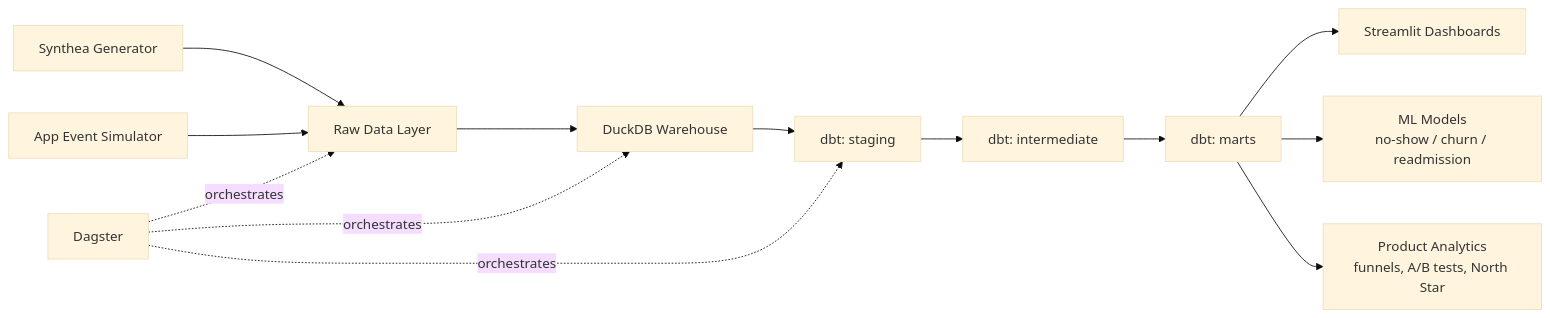
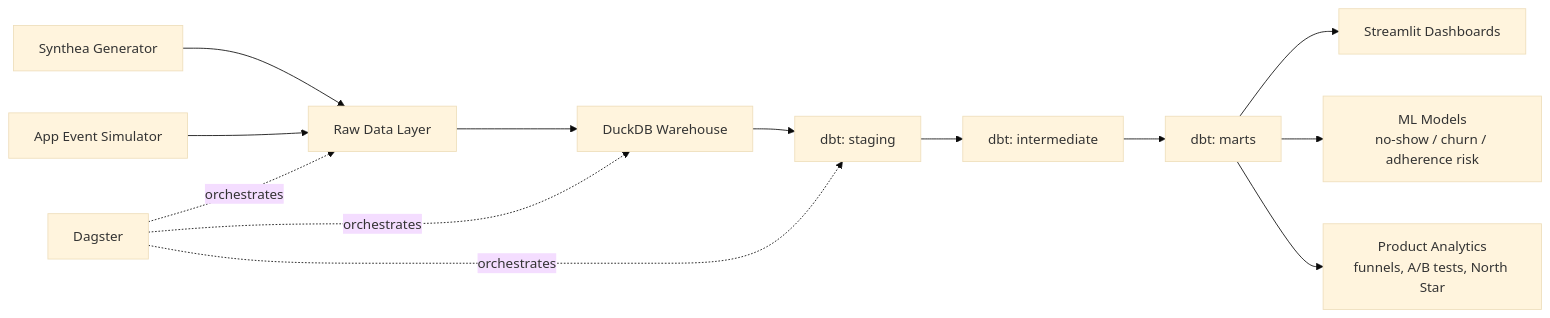
Before and after one commit to rishayd/rishayprojects: the diagram in docs/architecture.md, drawn with Mermaid (base theme). The commit also changed other lines of this file and 6 other files, not shown here.

````diff
--- a/docs/architecture.md
+++ b/docs/architecture.md
@@ -10,15 +10,15 @@
 ```mermaid
 flowchart LR
     A[Synthea Generator] --> C[Raw Data Layer]
     B[App Event Simulator] --> C
     C --> D[DuckDB Warehouse]
     D --> E[dbt: staging]
     E --> F[dbt: intermediate]
     F --> G[dbt: marts]
     G --> H[Streamlit Dashboards]
-    G --> I[ML Models\nno-show / churn / readmission]
+    G --> I[ML Models\nno-show / churn / adherence risk]
     G --> J[Product Analytics\nfunnels, A/B tests, North Star]
     K[Dagster] -.orchestrates.-> C
     K -.orchestrates.-> D
     K -.orchestrates.-> E
 ```
````
